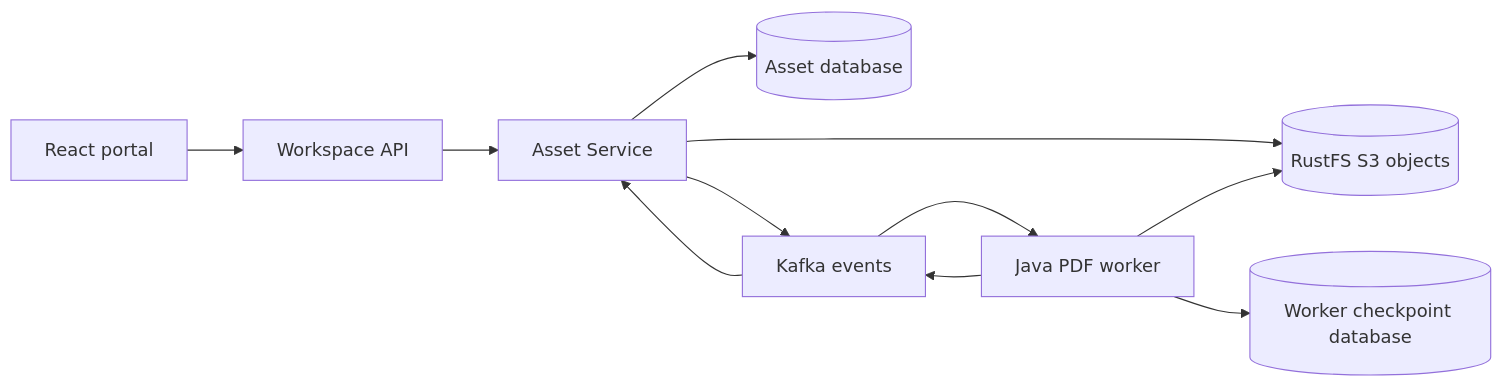
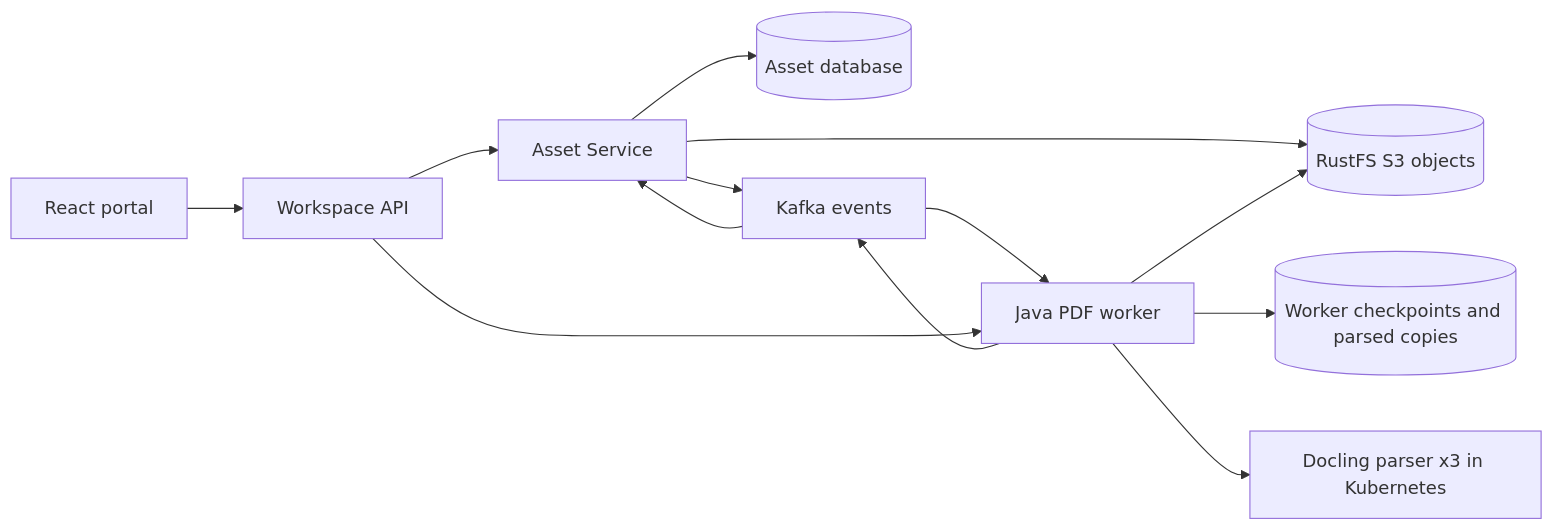
One commit to petarnenov/atlas-workspace-lab changed the diagram in README.md. Above: the diagram before and after it, drawn with Mermaid. The commit also changed other lines of this file and 84 other files, not shown here.

````diff
--- a/README.md
+++ b/README.md
@@ -12,13 +12,15 @@
 ```mermaid
 flowchart LR
   UI[React portal] --> BFF[Workspace API]
   BFF --> Asset[Asset Service]
   Asset --> DB[(Asset database)]
   Asset --> S3[(RustFS S3 objects)]
   Asset --> Kafka[Kafka events]
   Kafka --> Worker[Java PDF worker]
-  Worker --> Checkpoint[(Worker checkpoint database)]
+  Worker --> Checkpoint[(Worker checkpoints and parsed copies)]
+  Worker --> Parser[Docling parser x3 in Kubernetes]
+  BFF --> Worker
   Worker --> S3
   Worker --> Kafka
   Kafka --> Asset
 ```
````
